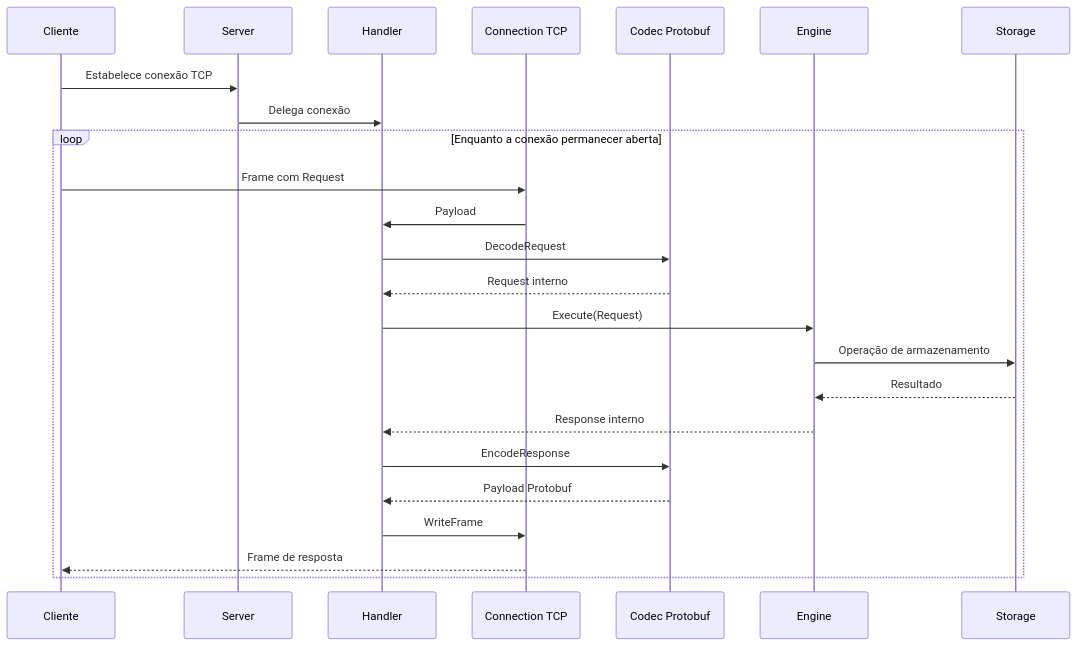
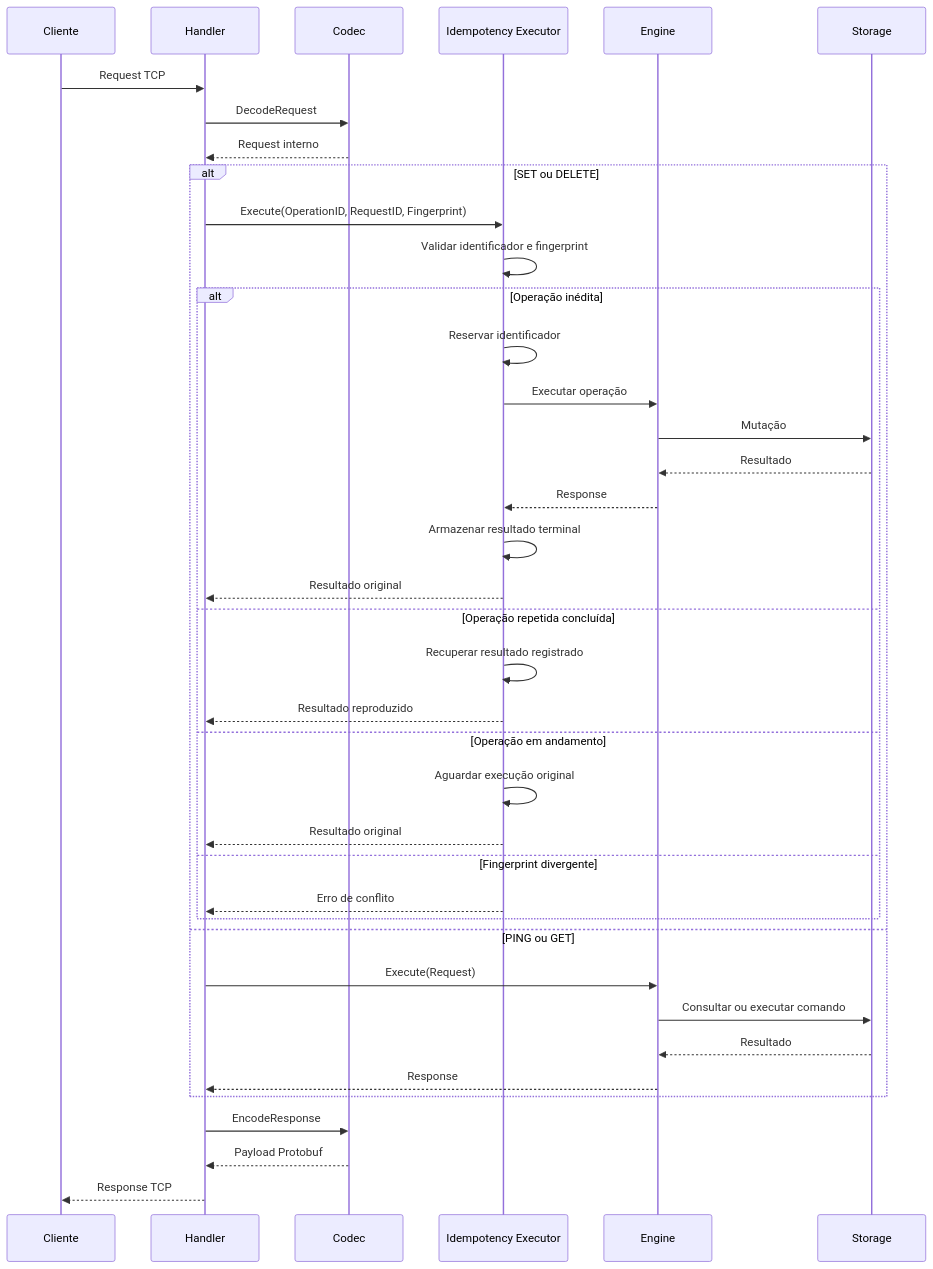
The third of 3 diagrams in docs/tecnica/ARQUITETURA.md (pescador95/memorydb), drawn with Mermaid before and after one commit. The commit also changed other lines of this file and 18 other files, not shown here.

````diff
--- a/docs/tecnica/ARQUITETURA.md
+++ b/docs/tecnica/ARQUITETURA.md
@@ -190,28 +243,45 @@
 ```mermaid
 sequenceDiagram
     participant C as Cliente
-    participant S as Server
     participant H as Handler
-    participant T as Connection TCP
-    participant P as Codec Protobuf
+    participant P as Codec
+    participant I as Idempotency Executor
     participant E as Engine
     participant St as Storage
 
-    C->>S: Estabelece conexão TCP
-    S->>H: Delega conexão
+    C->>H: Request TCP
+    H->>P: DecodeRequest
+    P-->>H: Request interno
 
-    loop Enquanto a conexão permanecer aberta
-        C->>T: Frame com Request
-        T->>H: Payload
-        H->>P: DecodeRequest
-        P-->>H: Request interno
+    alt SET ou DELETE
+        H->>I: Execute(OperationID, RequestID, Fingerprint)
+        I->>I: Validar identificador e fingerprint
+
+        alt Operação inédita
+            I->>I: Reservar identificador
+            I->>E: Executar operação
+            E->>St: Mutação
+            St-->>E: Resultado
+            E-->>I: Response
+            I->>I: Armazenar resultado terminal
+            I-->>H: Resultado original
+        else Operação repetida concluída
+            I->>I: Recuperar resultado registrado
+            I-->>H: Resultado reproduzido
+        else Operação em andamento
+            I->>I: Aguardar execução original
+            I-->>H: Resultado original
+        else Fingerprint divergente
+            I-->>H: Erro de conflito
+        end
+    else PING ou GET
         H->>E: Execute(Request)
-        E->>St: Operação de armazenamento
+        E->>St: Consultar ou executar comando
         St-->>E: Resultado
-        E-->>H: Response interno
-        H->>P: EncodeResponse
-        P-->>H: Payload Protobuf
-        H->>T: WriteFrame
-        T-->>C: Frame de resposta
+        E-->>H: Response
     end
+
+    H->>P: EncodeResponse
+    P-->>H: Payload Protobuf
+    H-->>C: Response TCP
 ```
````
